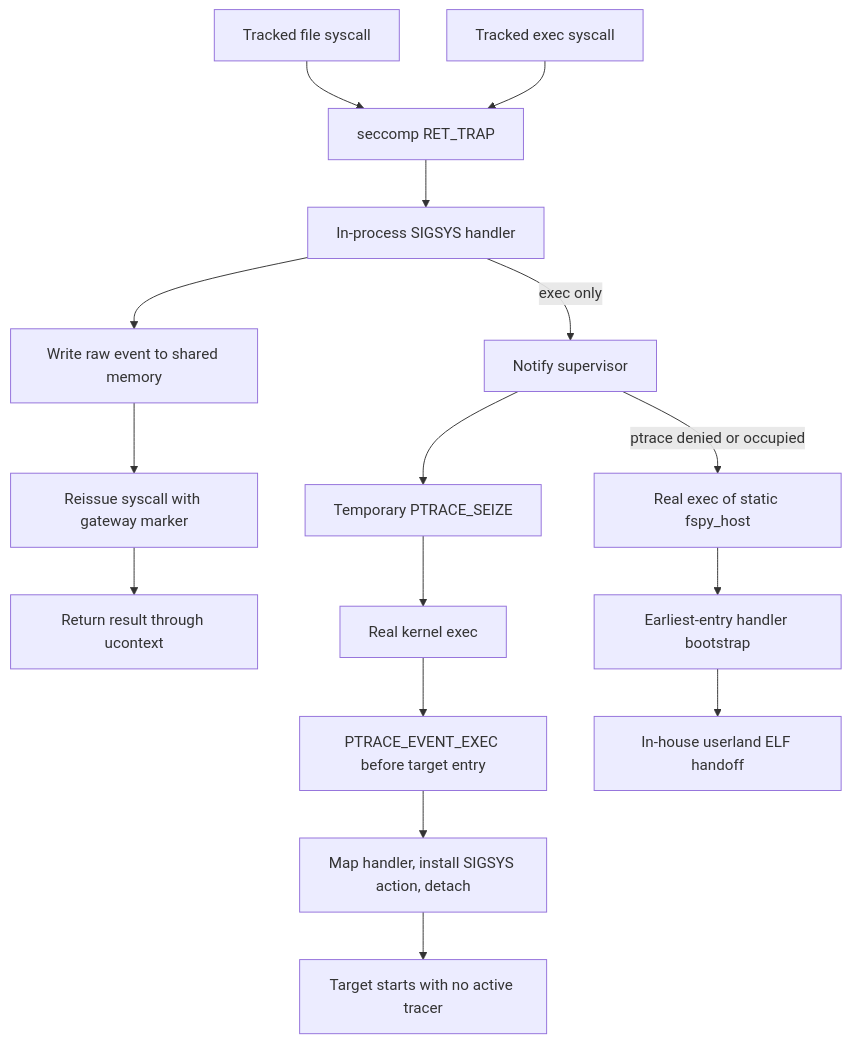
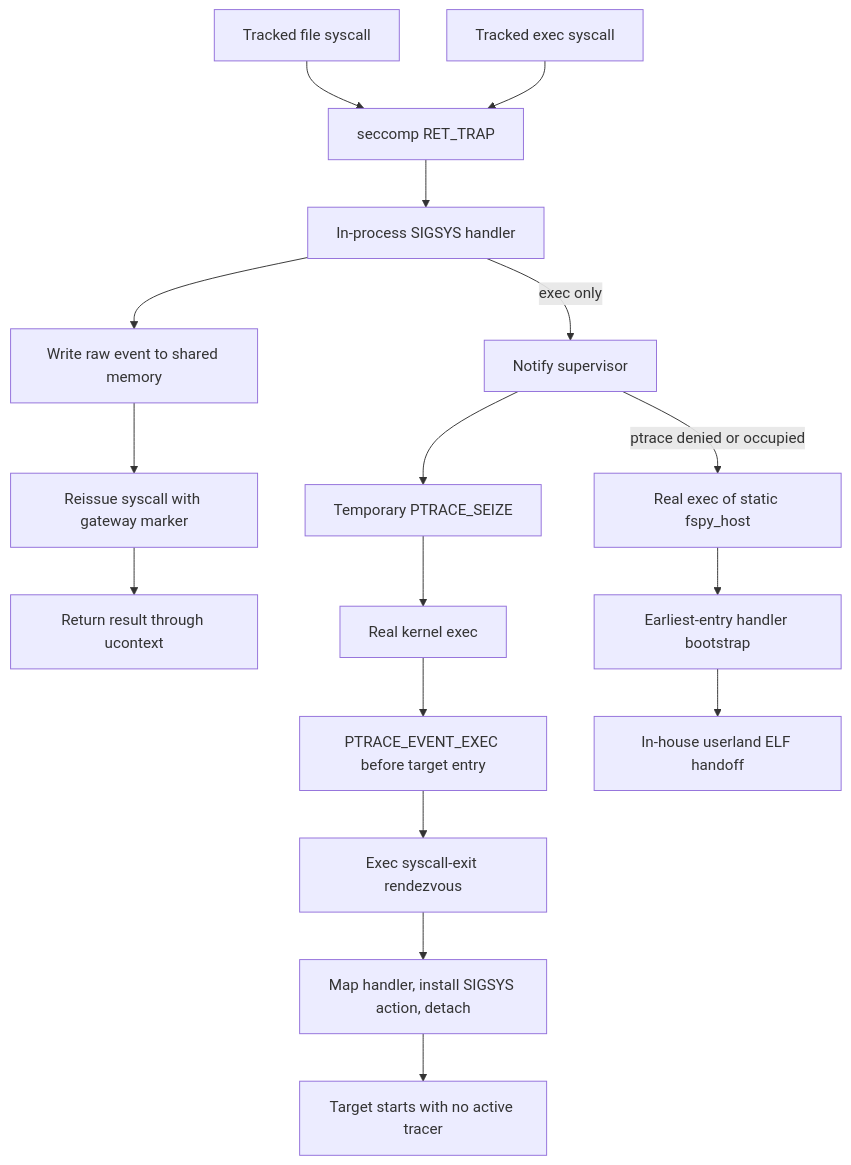
Before and after one commit to RSS1102/vite-task: the diagram in docs/fspy-linux-sigsys-research.md, drawn with Mermaid. The commit also changed other lines of this file and 2 other files, not shown here.

Commit message:
fix(fspy): rendezvous after exec event

````diff
--- a/docs/fspy-linux-sigsys-research.md
+++ b/docs/fspy-linux-sigsys-research.md
@@ -33,20 +34,21 @@
 ```mermaid
 flowchart TD
     A["Tracked file syscall"] --> B["seccomp RET_TRAP"]
     B --> C["In-process SIGSYS handler"]
     C --> D["Write raw event to shared memory"]
     D --> E["Reissue syscall with gateway marker"]
     E --> F["Return result through ucontext"]
 
     X["Tracked exec syscall"] --> B
     C -->|"exec only"| G["Notify supervisor"]
     G --> H["Temporary PTRACE_SEIZE"]
     H --> I["Real kernel exec"]
     I --> J["PTRACE_EVENT_EXEC before target entry"]
-    J --> K["Map handler, install SIGSYS action, detach"]
-    K --> L["Target starts with no active tracer"]
+    J --> K["Exec syscall-exit rendezvous"]
+    K --> L["Map handler, install SIGSYS action, detach"]
+    L --> P["Target starts with no active tracer"]
 
     G -->|"ptrace denied or occupied"| M["Real exec of static fspy_host"]
     M --> N["Earliest-entry handler bootstrap"]
     N --> O["In-house userland ELF handoff"]
 ```
````
